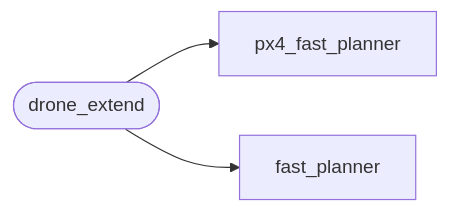
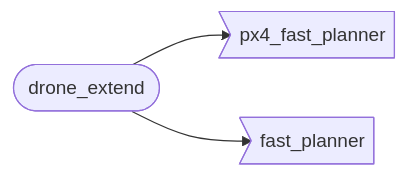
One commit to Dieptranivsr/drone_extend changed the second of 5 diagrams in sp_code/system.md. Above: the diagram before and after it, drawn with Mermaid.

````diff
--- a/sp_code/system.md
+++ b/sp_code/system.md
@@ -6,5 +6,5 @@
 ```mermaid
 flowchart LR
-  id1([drone_extend]) --> px4_fast_planner;
-  id1 --> fast_planner;
+  id1([drone_extend]) --> id2>px4_fast_planner]
+  id1 --> id3>fast_planner]
 ```
````
